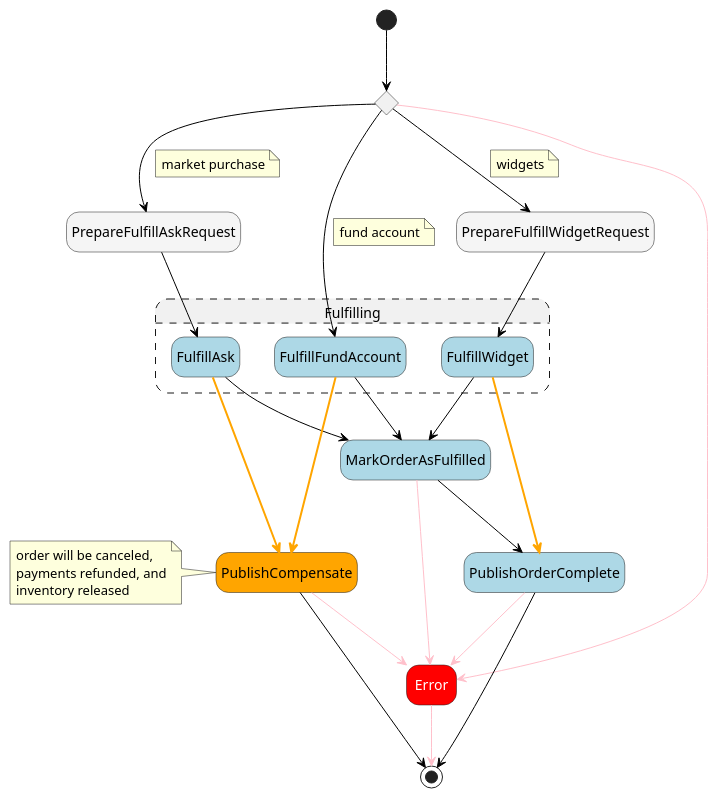
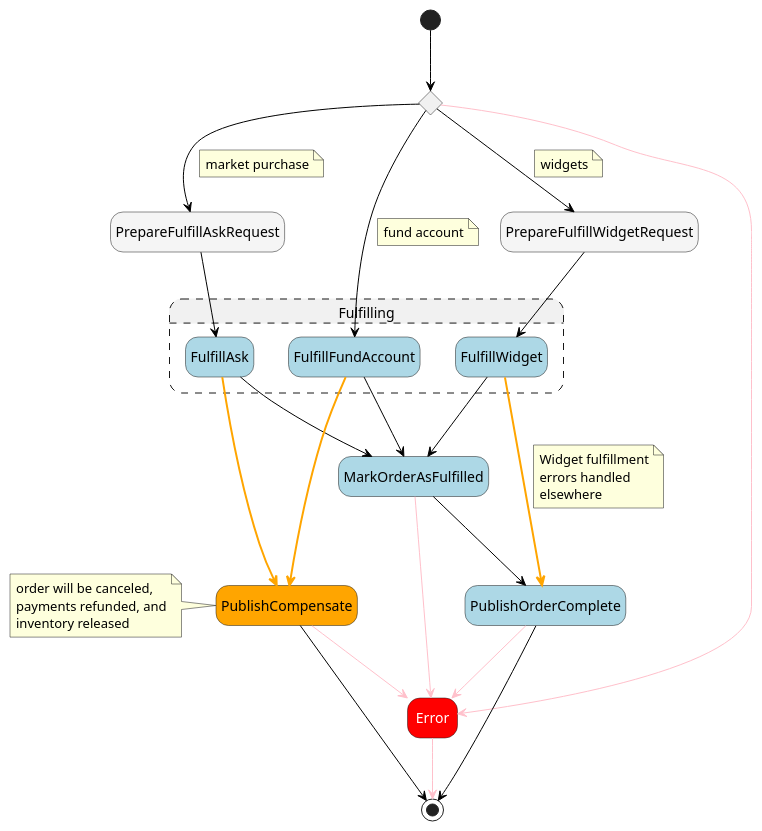
Before and after one commit to massfords/asl-puml: the diagram in src/__tests__/pumls/demo.asl.puml, drawn with PlantUML. The commit also changed 8 other files, not shown here.

```diff
--- a/src/__tests__/pumls/demo.asl.puml
+++ b/src/__tests__/pumls/demo.asl.puml
@@ -1,65 +1,70 @@
 @startuml
 hide empty description
 skinparam ArrowColor #black
 skinparam state {
 
     BackgroundColor<<Choice>> #whitesmoke
     FontColor<<Choice>> automatic
 
     BackgroundColor<<aslFail>> #red
     FontColor<<aslFail>> automatic
 
     BackgroundColor<<aslPass>> #whitesmoke
     FontColor<<aslPass>> automatic
 
     BackgroundColor<<aslTask>> #lightblue
     FontColor<<aslTask>> automatic
     BackgroundColor<<Compensate>> #orange
 }
 state "Fulfilling" as compositeState1 ##[dashed] {
 state "FulfillWidget" as state4<<aslTask>>
 state "FulfillAsk" as state5<<aslTask>>
 state "FulfillFundAccount" as state6<<aslTask>>
 }
 state "Dispatch by type of item" as state1<<Choice>>
 state "PrepareFulfillWidgetRequest" as state2<<aslPass>>
 state "PrepareFulfillAskRequest" as state3<<aslPass>>
 state "MarkOrderAsFulfilled" as state7<<aslTask>>
 state "Error" as state8<<aslFail>>
 state "PublishOrderComplete" as state9<<aslTask>>
 state "PublishCompensate" as state10<<Compensate>>
 note left
   order will be canceled,
   payments refunded, and
   inventory released
 end note
 [*] --> state1
 state1 --> state2
 note on link
 widgets
 end note
 state1 --> state3
 note on link
 market purchase
 end note
 state1 --> state6
 note on link
 fund account
 end note
 state1 -[#pink]-> state8
 state2 --> state4
 state3 --> state5
 state4 --> state7
 state4 -[bold,#orange]-> state9
+note on link
+Widget fulfillment
+errors handled
+elsewhere
+end note
 state5 --> state7
 state5 -[bold,#orange]-> state10
 state6 --> state7
 state6 -[bold,#orange]-> state10
 state7 --> state9
 state7 -[#pink]-> state8
 state8 -[#pink]-> [*]
 state9 --> [*]
 state9 -[#pink]-> state8
 state10 --> [*]
 state10 -[#pink]-> state8
 @enduml
```
